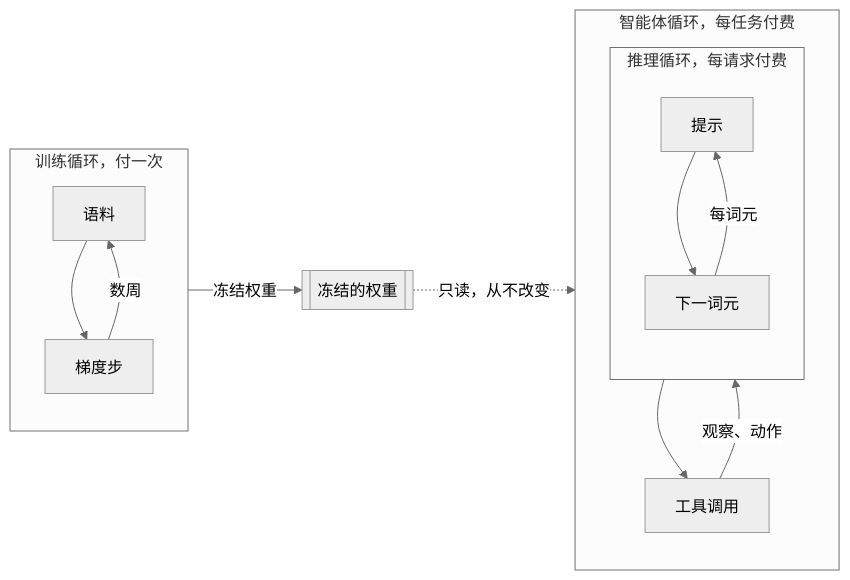
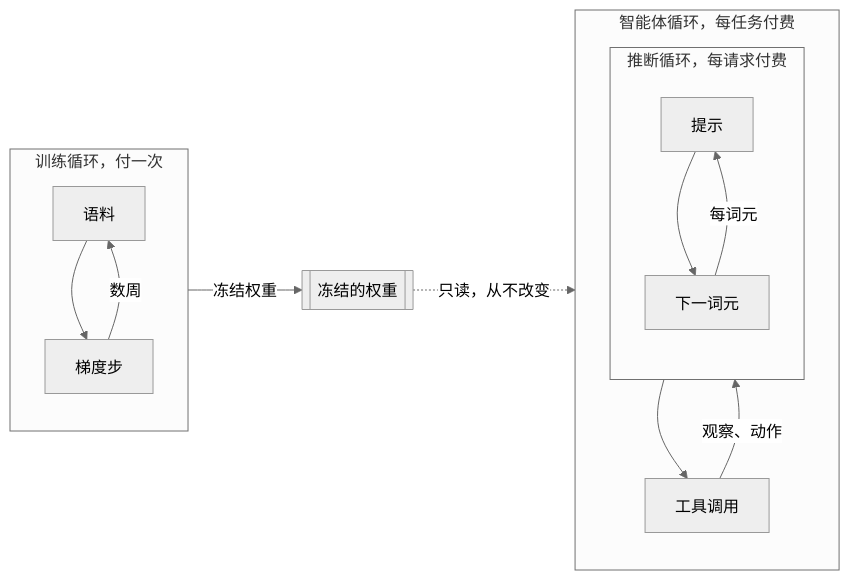
One commit to latere-ai/ai-as-an-infrastructure changed the second of 3 diagrams in zh/orientation/01-whole-stack.qmd. Above: the diagram before and after it, drawn with Mermaid (neutral theme). The commit also changed other lines of this file and 128 other files, not shown here.

````diff
--- a/zh/orientation/01-whole-stack.qmd
+++ b/zh/orientation/01-whole-stack.qmd
@@ -53,22 +53,22 @@
 ```{mermaid}
 %%| label: fig-whole-stack-loops
-%%| fig-cap: "三个嵌套的循环。训练循环运行一次并冻结权重。每个推理循环读取那些冻结的权重，并按请求付费。智能体循环每个任务裹入多次推理循环。成本按每个循环运行的节奏付出。"
+%%| fig-cap: "三个嵌套的循环。训练循环运行一次并冻结权重。每个推断循环读取那些冻结的权重，并按请求付费。智能体循环每个任务裹入多次推断循环。成本按每个循环运行的节奏付出。"
 flowchart LR
   subgraph TR["训练循环，付一次"]
     direction TB
     corpus["语料"] --> grad["梯度步"]
     grad -->|"数周"| corpus
   end
   TR -->|"冻结权重"| W[["冻结的权重"]]
   subgraph AG["智能体循环，每任务付费"]
     direction TB
-    subgraph INF["推理循环，每请求付费"]
+    subgraph INF["推断循环，每请求付费"]
       direction TB
       prompt["提示"] --> tok["下一词元"]
       tok -->|"每词元"| prompt
     end
     INF --> tool["工具调用"]
     tool -->|"观察、动作"| INF
   end
   W -.->|"只读，从不改变"| INF
 ```
````
